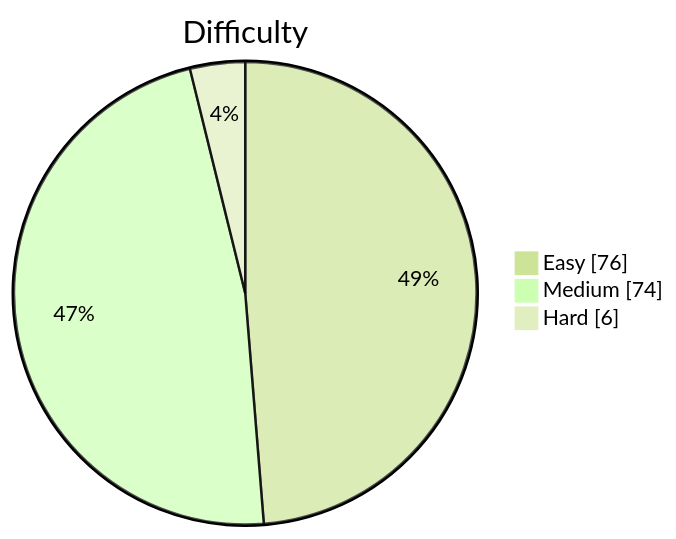
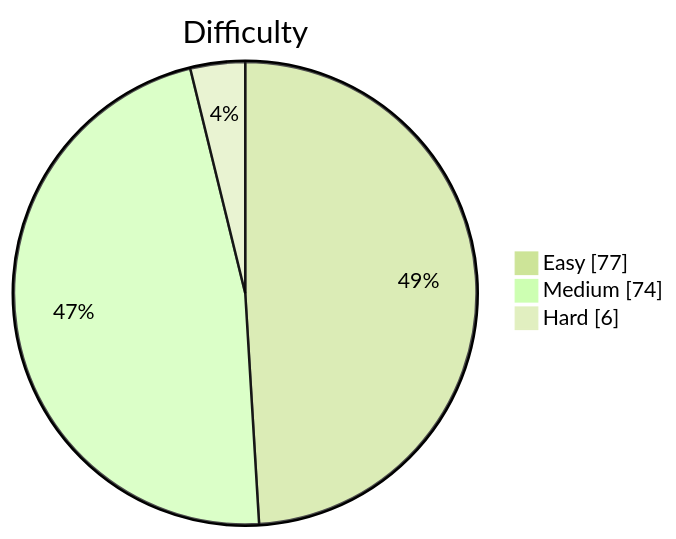
Before and after one commit to kevstevie/python-algo-practice: the diagram in README.md, drawn with Mermaid (forest theme). The commit also changed other lines of this file, not shown here.

````diff
--- a/README.md
+++ b/README.md
@@ -13,7 +13,7 @@
 ```mermaid
 pie showData
     title Difficulty
-    "Easy"   : 76
+    "Easy"   : 77
     "Medium" : 74
     "Hard"   : 6
 ```
````
